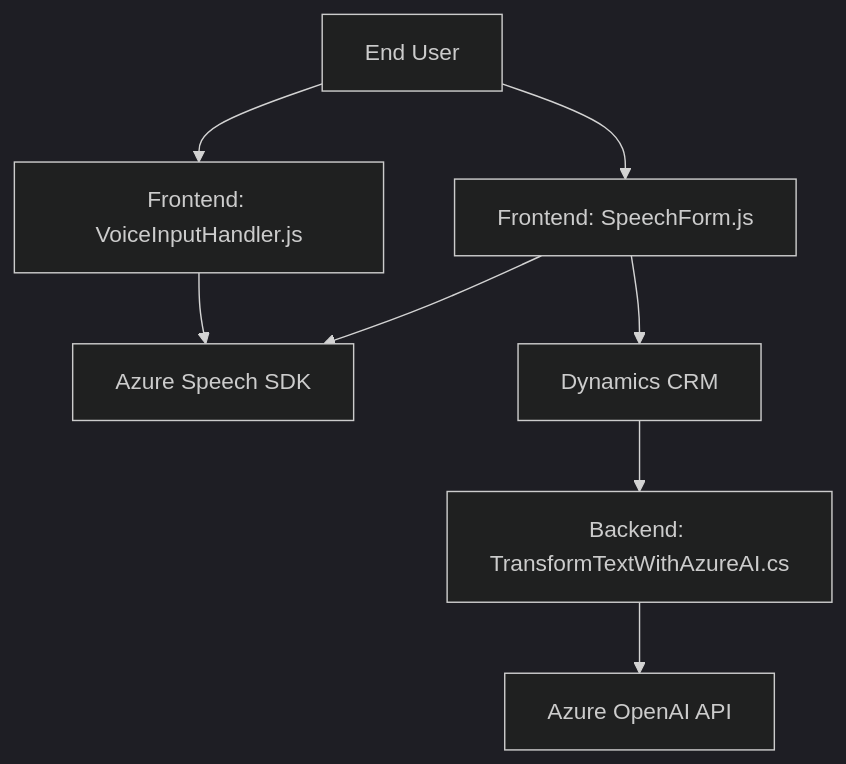
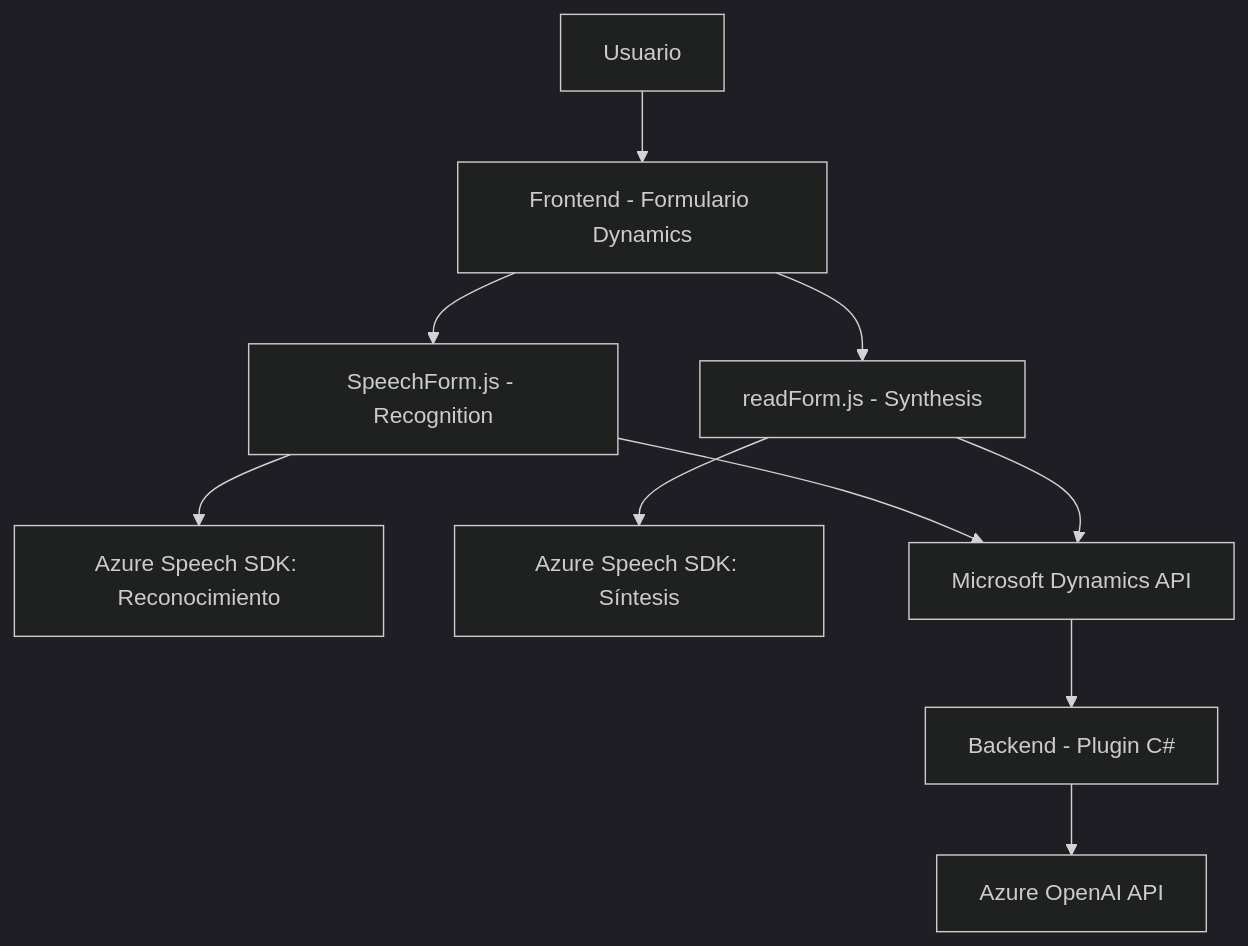
The diagram in README.md (blopezdm/NETCORE_BILBAO2025), drawn with Mermaid (dark theme) before and after one commit. The commit also changed other lines of this file, not shown here.

````diff
--- a/README.md
+++ b/README.md
@@ -38,18 +43,12 @@
 ```mermaid
 graph TD
-  A1["Frontend: VoiceInputHandler.js"]
-  A2["Frontend: SpeechForm.js"]
-  B1["Backend: TransformTextWithAzureAI.cs"]
-  C1["Dynamics CRM"]
-  D1["Azure Speech SDK"]
-  D2["Azure OpenAI API"]
-  E1["End User"]
-
-  E1 --> A1
-  E1 --> A2
-  A1 --> D1
-  A2 --> D1
-  A2 --> C1
-  C1 --> B1
-  B1 --> D2
+    A["Usuario"] --> B["Frontend - Formulario Dynamics"]
+    B --> C["SpeechForm.js - Recognition"]
+    B --> D["readForm.js - Synthesis"]
+    C --> E["Azure Speech SDK: Reconocimiento"]
+    D --> F["Azure Speech SDK: Síntesis"]
+    C --> G["Microsoft Dynamics API"]
+    D --> G
+    G --> H["Backend - Plugin C#"]
+    H --> I["Azure OpenAI API"]
 ```
````
